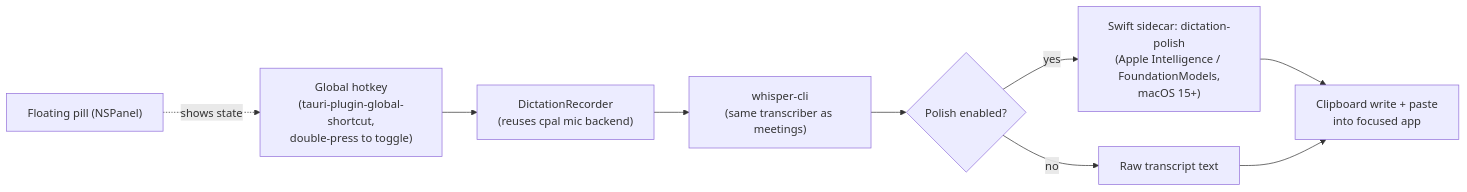
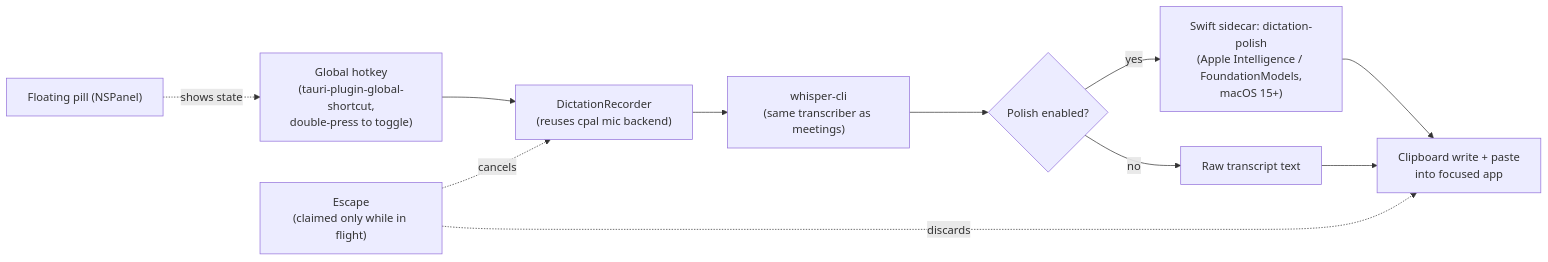
The fifth of 6 diagrams in docs/technical-architecture.md (mandygit/scribe), drawn with Mermaid before and after one commit. The commit also changed other lines of this file and 15 other files, not shown here.

````diff
--- a/docs/technical-architecture.md
+++ b/docs/technical-architecture.md
@@ -329,11 +329,13 @@
 ```mermaid
 flowchart LR
     Hotkey["Global hotkey\n(tauri-plugin-global-shortcut,\ndouble-press to toggle)"] --> Capture["DictationRecorder\n(reuses cpal mic backend)"]
     Capture --> Whisper2["whisper-cli\n(same transcriber as meetings)"]
     Whisper2 --> Polish{"Polish enabled?"}
     Polish -- yes --> PolishHelper["Swift sidecar: dictation-polish\n(Apple Intelligence / FoundationModels,\nmacOS 15+)"]
     Polish -- no --> Raw["Raw transcript text"]
     PolishHelper --> Inject["Clipboard write + paste\ninto focused app"]
     Raw --> Inject
+    Esc["Escape\n(claimed only while in flight)"] -. cancels .-> Capture
+    Esc -. discards .-> Inject
     Pill["Floating pill (NSPanel)"] -. shows state .-> Hotkey
 ```
````
